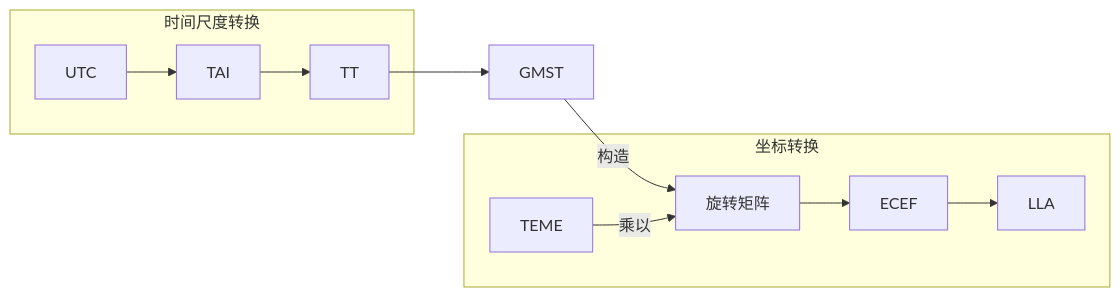
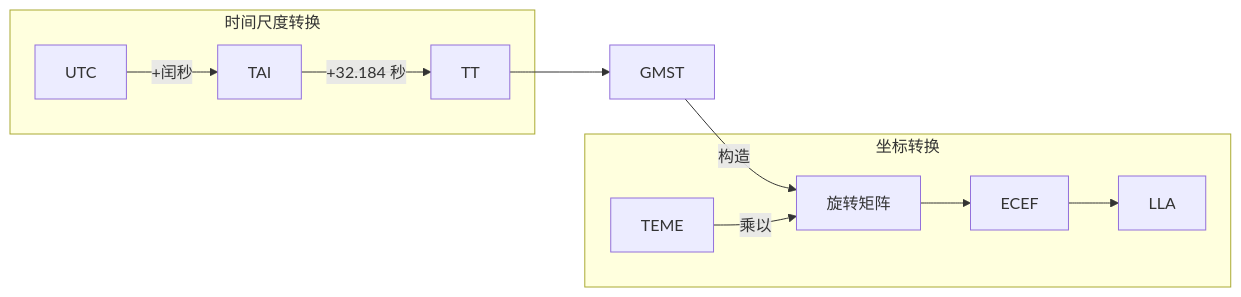
The diagram in docs/TEME_to_LLA.md (ShenMian/tracker), drawn with Mermaid before and after one commit. The commit also changed other lines of this file, not shown here.

````diff
--- a/docs/TEME_to_LLA.md
+++ b/docs/TEME_to_LLA.md
@@ -14,16 +23,16 @@
 ```mermaid
 flowchart LR
     subgraph "时间尺度转换"
-        UTC --> TAI
-        TAI --> TT
+        UTC -->|+闰秒| TAI
+        TAI -->|+32.184 秒| TT
     end
 
     TT --> GMST
     GMST -->|构造| R[旋转矩阵]
 
     subgraph "坐标转换"
         TEME -->|乘以| R
         R --> ECEF
         ECEF --> LLA
     end
 ```
````
